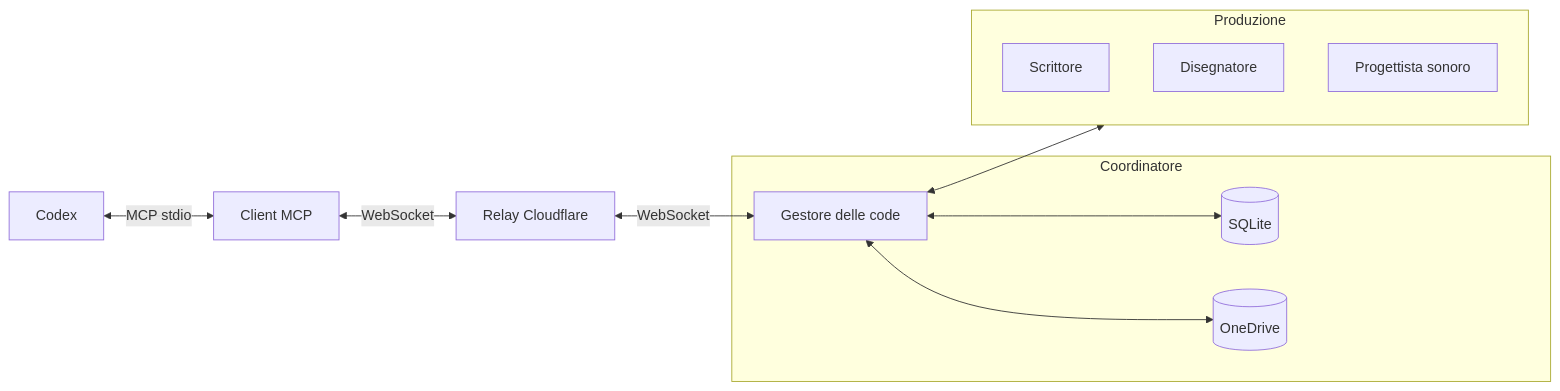
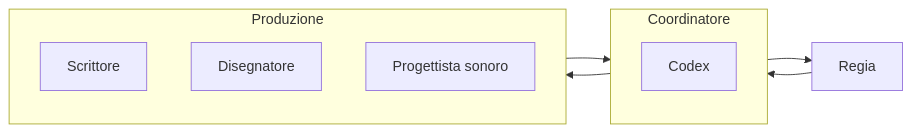
One commit to DRincs-Productions/LM-Studio changed the third of 12 diagrams in README.md. Above: the diagram before and after it, drawn with Mermaid. The commit also changed other lines of this file and 25 other files, not shown here.

````diff
--- a/README.md
+++ b/README.md
@@ -87,22 +72,16 @@
 ```mermaid
 flowchart LR
-    R[Codex]
+    R[Regia]
     subgraph COORD[Coordinatore]
-        C[Gestore delle code]
-        DB[(SQLite)]
-        OD[(OneDrive)]
+        C[Codex]
     end
-    CLIENT[Client MCP]
-    CF[Relay Cloudflare]
     subgraph PRODUZIONE[Produzione]
         W[Scrittore]
         D[Disegnatore]
         S[Progettista sonoro]
     end
-    R <-->|MCP stdio| CLIENT
-    CLIENT <-->|WebSocket| CF
-    CF <-->|WebSocket| C
-    C <--> DB
-    C <--> OD
-    C <--> PRODUZIONE
+    R --> COORD
+    COORD --> PRODUZIONE
+    PRODUZIONE --> COORD
+    COORD --> R
 ```
````
